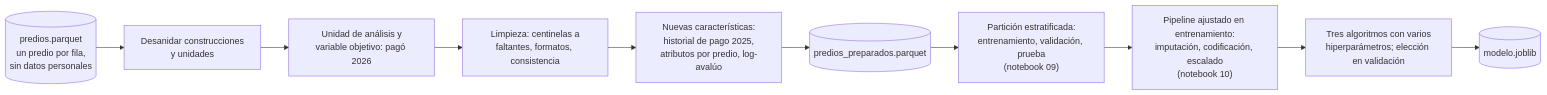
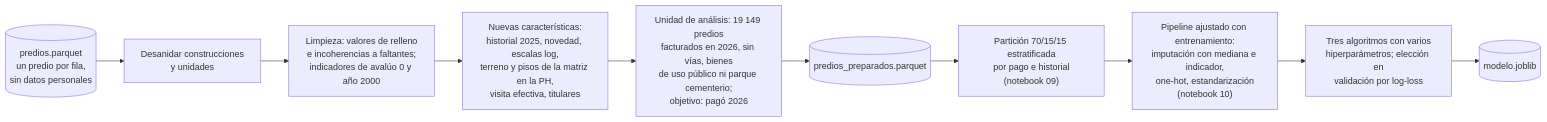
One commit to Danielfts/proyecto-MINE-ciencia-de-datos changed the diagram in entrega-2/diagramas/preparacion.mmd. Above: the diagram before and after it, drawn with Mermaid. The commit also changed 5 other files, not shown here.

First line of the commit message:
Prepara los datos del modelo de pago y define la partición (notebooks 08 y 09)

```diff
--- a/entrega-2/diagramas/preparacion.mmd
+++ b/entrega-2/diagramas/preparacion.mmd
@@ -1,12 +1,12 @@
 %% Diagrama de bloques de la preparación de datos (actividad 8, recomendado).
-%% Borrador: ajustarlo a lo que finalmente hagan los notebooks 08 a 10.
+%% Sigue lo que hacen los notebooks 08 (preparación), 09 (partición) y 10 (pipeline).
 flowchart LR
   A[("predios.parquet<br/>un predio por fila,<br/>sin datos personales")] --> B["Desanidar construcciones<br/>y unidades"]
-  B --> C["Unidad de análisis y<br/>variable objetivo: pagó 2026"]
-  C --> D["Limpieza: centinelas a<br/>faltantes, formatos, consistencia"]
-  D --> E["Nuevas características:<br/>historial de pago 2025,<br/>atributos por predio, log-avalúo"]
+  B --> C["Limpieza: valores de relleno<br/>e incoherencias a faltantes;<br/>indicadores de avalúo 0 y año 2000"]
+  C --> D["Nuevas características:<br/>historial 2025, novedad, escalas log,<br/>terreno y pisos de la matriz en la PH,<br/>visita efectiva, titulares"]
+  D --> E["Unidad de análisis: 19 149 predios<br/>facturados en 2026, sin vías, bienes<br/>de uso público ni parque cementerio;<br/>objetivo: pagó 2026"]
   E --> F[("predios_preparados.parquet")]
-  F --> G["Partición estratificada:<br/>entrenamiento, validación, prueba<br/>(notebook 09)"]
-  G --> H["Pipeline ajustado en entrenamiento:<br/>imputación, codificación, escalado<br/>(notebook 10)"]
-  H --> I["Tres algoritmos con varios<br/>hiperparámetros; elección en validación"]
+  F --> G["Partición 70/15/15 estratificada<br/>por pago e historial<br/>(notebook 09)"]
+  G --> H["Pipeline ajustado con entrenamiento:<br/>imputación con mediana e indicador,<br/>one-hot, estandarización<br/>(notebook 10)"]
+  H --> I["Tres algoritmos con varios<br/>hiperparámetros; elección en<br/>validación por log-loss"]
   I --> J[("modelo.joblib")]
```
